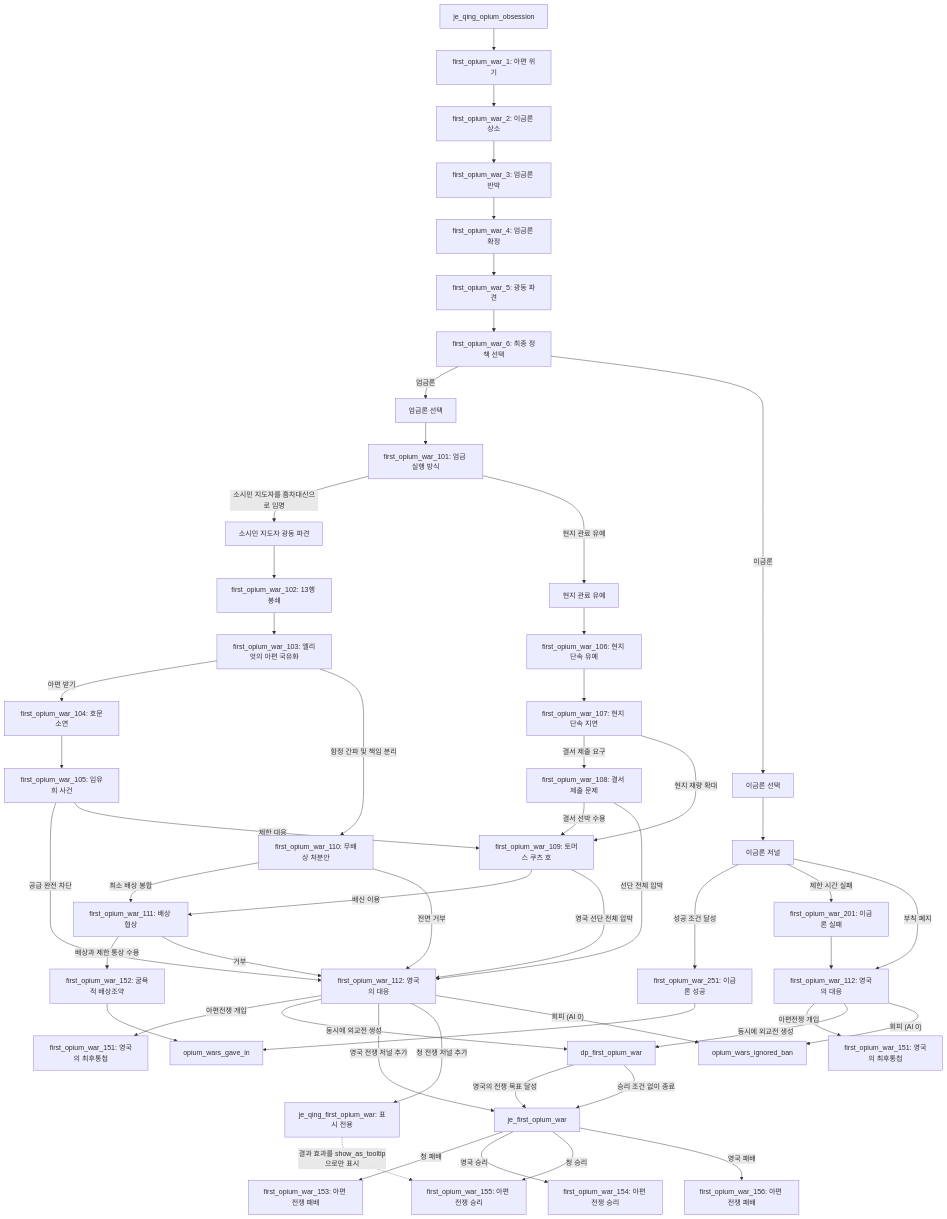
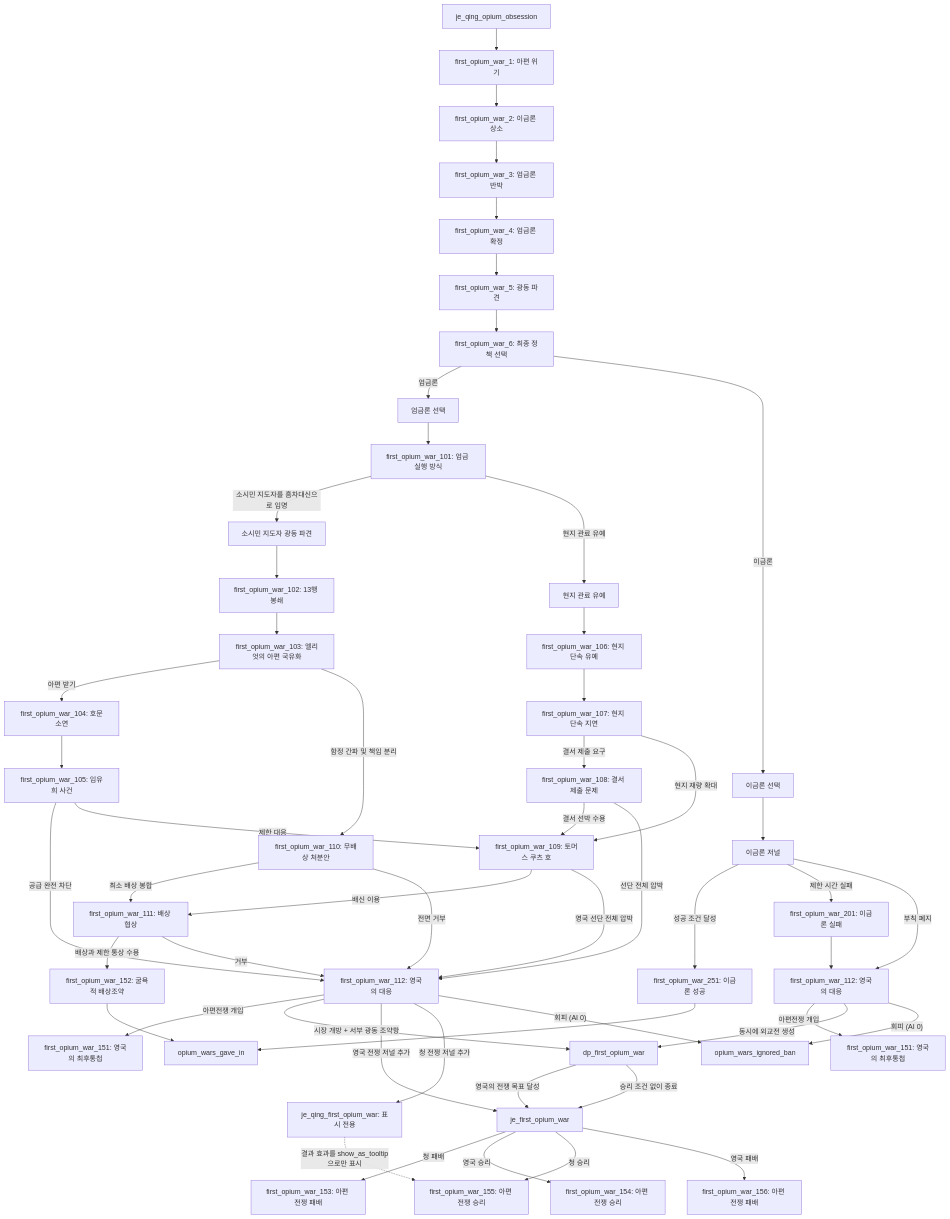
One commit to East-Asia-Flavor-Pack/East-Asia-Flavor-Pack changed the diagram in documentation/first_opium_war_journal_plan.md. Above: the diagram before and after it, drawn with Mermaid. The commit also changed other lines of this file and 5 other files, not shown here.

````diff
--- a/documentation/first_opium_war_journal_plan.md
+++ b/documentation/first_opium_war_journal_plan.md
@@ -88,55 +88,55 @@
 ```mermaid
 flowchart TD
     JE["je_qing_opium_obsession"] --> E1["first_opium_war_1: 아편 위기"]
     E1 --> E2["first_opium_war_2: 이금론 상소"]
     E2 --> E3["first_opium_war_3: 엄금론 반박"]
     E3 --> E4["first_opium_war_4: 엄금론 확정"]
     E4 --> E5["first_opium_war_5: 광동 파견"]
     E5 --> E9["first_opium_war_6: 최종 정책 선택"]
     E9 -- "엄금론" --> STRICT["엄금론 선택"]
     E9 -- "이금론" --> LEGAL["이금론 선택"]
     STRICT --> E90["first_opium_war_101: 엄금 실행 방식"]
     E90 -- "소시민 지도자를 흠차대신으로 임명" --> COMM["소시민 지도자 광동 파견"]
     E90 -- "현지 관료 유예" --> LOCAL["현지 관료 유예"]
     COMM --> E91["first_opium_war_102: 13행 봉쇄"]
     LOCAL --> E96["first_opium_war_106: 현지 단속 유예"]
     E91 --> E92["first_opium_war_103: 엘리엇의 아편 국유화"]
     E92 -- "아편 받기" --> E93["first_opium_war_104: 호문소연"]
     E92 -- "함정 간파 및 책임 분리" --> E111["first_opium_war_110: 무배상 처분안"]
     E111 -- "최소 배상 봉합" --> E98["first_opium_war_111: 배상 협상"]
     E111 -- "전면 거부" --> GBR2["first_opium_war_112: 영국의 대응"]
     E93 --> E94["first_opium_war_105: 임유희 사건"]
     E96 --> E112["first_opium_war_107: 현지 단속 지연"]
     E112 -- "결서 제출 요구" --> E113["first_opium_war_108: 결서 제출 문제"]
     E112 -- "현지 재량 확대" --> E97["first_opium_war_109: 토머스 쿠츠 호"]
     E113 -- "결서 선박 수용" --> E97
     E113 -- "선단 전체 압박" --> GBR2
     E94 -- "공급 완전 차단" --> GBR2
     E94 -- "제한 대응" --> E97
     E97 -- "배신 이용" --> E98
     E97 -- "영국 선단 전체 압박" --> GBR2
     E98 -- "배상과 제한 통상 수용" --> TREATY["first_opium_war_152: 굴욕적 배상조약"]
     E98 -- "거부" --> GBR2
     TREATY --> GIVEIN["opium_wars_gave_in"]
     GBR2 -- "아편전쟁 개입" --> ULT2["first_opium_war_151: 영국의 최후통첩"]
-    GBR2 -- "동시에 외교전 생성" --> DP["dp_first_opium_war"]
+    GBR2 -- "시장 개방 + 서부 광동 조약항" --> DP["dp_first_opium_war"]
     GBR2 -- "영국 전쟁 저널 추가" --> WJE["je_first_opium_war"]
     GBR2 -- "청 전쟁 저널 추가" --> QWJE["je_qing_first_opium_war: 표시 전용"]
     DP -- "영국의 전쟁 목표 달성" --> WJE
     WJE -- "청 패배" --> LOSS["first_opium_war_153: 아편 전쟁 패배"]
     WJE -- "영국 승리" --> WIN["first_opium_war_154: 아편 전쟁 승리"]
     DP -- "승리 조건 없이 종료" --> WJE
     WJE -- "청 승리" --> QWIN["first_opium_war_155: 아편 전쟁 승리"]
     WJE -- "영국 패배" --> BLOSS["first_opium_war_156: 아편 전쟁 패배"]
     QWJE -. "결과 효과를 show_as_tooltip으로만 표시" .-> QWIN
     GBR2 -- "회피 (AI 0)" --> IGNORE["opium_wars_ignored_ban"]
     LEGAL --> LJE["이금론 저널"]
     LJE -- "성공 조건 달성" --> E101["first_opium_war_251: 이금론 성공"]
     LJE -- "제한 시간 실패" --> E102["first_opium_war_201: 이금론 실패"]
     LJE -- "부칙 폐지" --> GBR["first_opium_war_112: 영국의 대응"]
     E101 --> GIVEIN
     E102 --> GBR
     GBR -- "아편전쟁 개입" --> ULT["first_opium_war_151: 영국의 최후통첩"]
     GBR -- "동시에 외교전 생성" --> DP
     GBR -- "회피 (AI 0)" --> IGNORE
 ```
````
